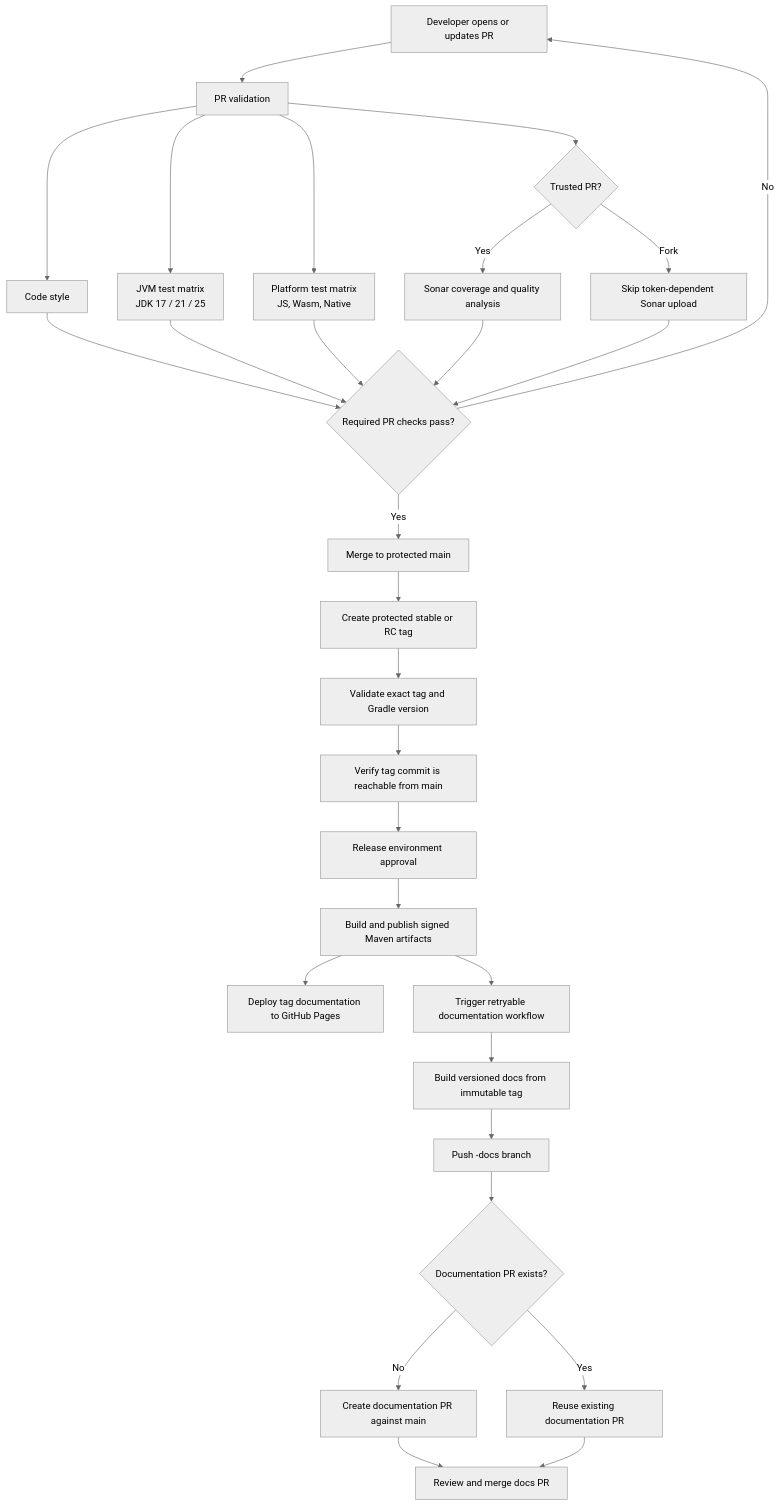
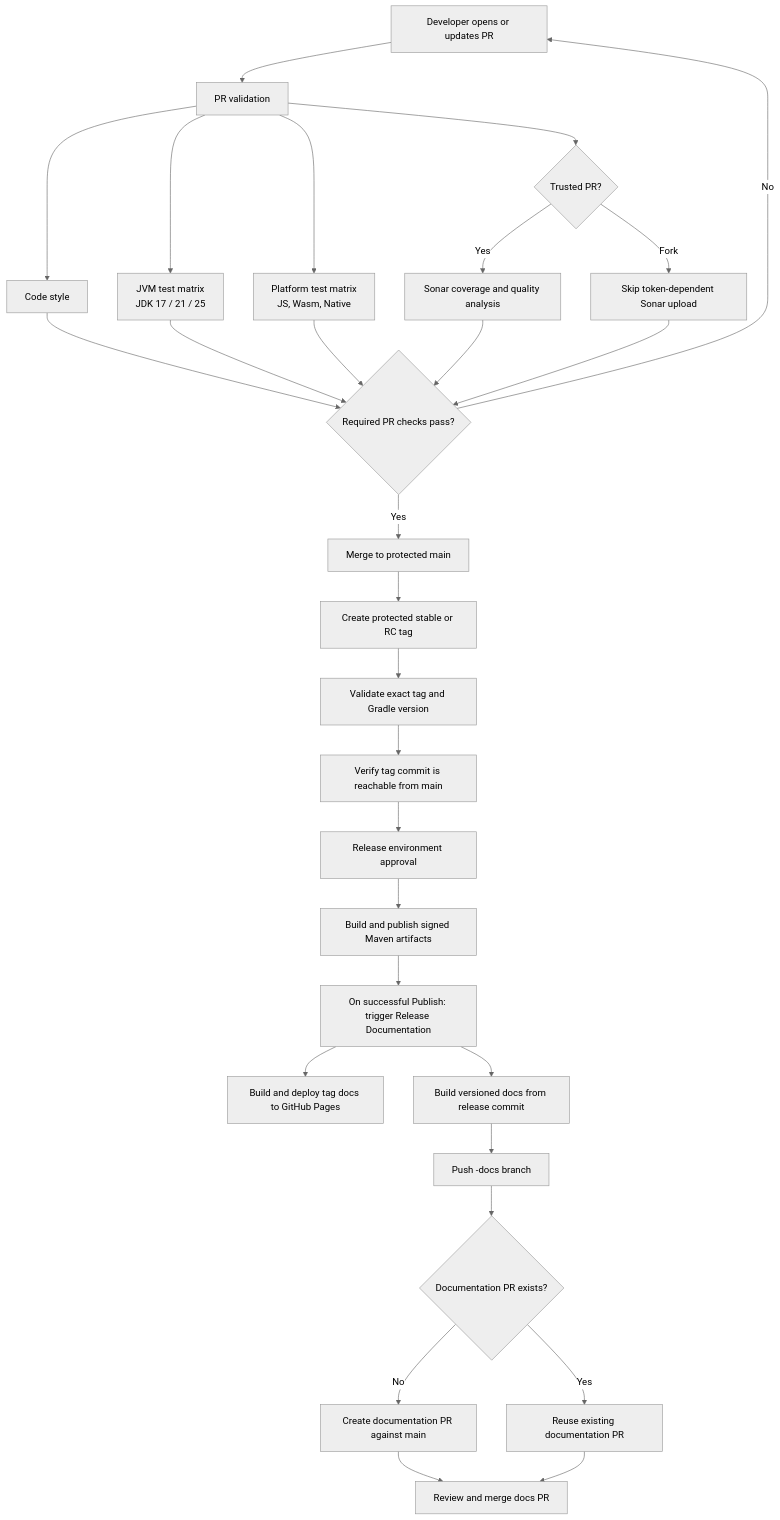
Before and after one commit to cponfick/komp-geom: the diagram in docs/ci-cd.md, drawn with Mermaid (neutral theme). The commit also changed other lines of this file and 2 other files, not shown here.

Commit message:
ci: update documentation workflows for improved clarity and automation [skip ci]

````diff
--- a/docs/ci-cd.md
+++ b/docs/ci-cd.md
@@ -5,31 +5,31 @@
 ```mermaid
 flowchart TD
     A[Developer opens or updates PR] --> B[PR validation]
     B --> C[Code style]
     B --> D[JVM test matrix\nJDK 17 / 21 / 25]
     B --> E[Platform test matrix\nJS, Wasm, Native]
     B --> F{Trusted PR?}
     F -->|Yes| G[Sonar coverage and quality analysis]
     F -->|Fork| H[Skip token-dependent Sonar upload]
     C --> I{Required PR checks pass?}
     D --> I
     E --> I
     G --> I
     H --> I
     I -->|No| A
     I -->|Yes| J[Merge to protected main]
     J --> K[Create protected stable or RC tag]
     K --> L[Validate exact tag and Gradle version]
     L --> M[Verify tag commit is reachable from main]
     M --> N[Release environment approval]
     N --> O[Build and publish signed Maven artifacts]
-    O --> P[Deploy tag documentation to GitHub Pages]
-    O --> Q[Trigger retryable documentation workflow]
-    Q --> R[Build versioned docs from immutable tag]
+    O --> Q[On successful Publish: trigger Release Documentation]
+    Q --> P[Build and deploy tag docs to GitHub Pages]
+    Q --> R[Build versioned docs from release commit]
     R --> S[Push <tag>-docs branch]
     S --> T{Documentation PR exists?}
     T -->|No| U[Create documentation PR against main]
     T -->|Yes| V[Reuse existing documentation PR]
     U --> W[Review and merge docs PR]
     V --> W
 ```
````
